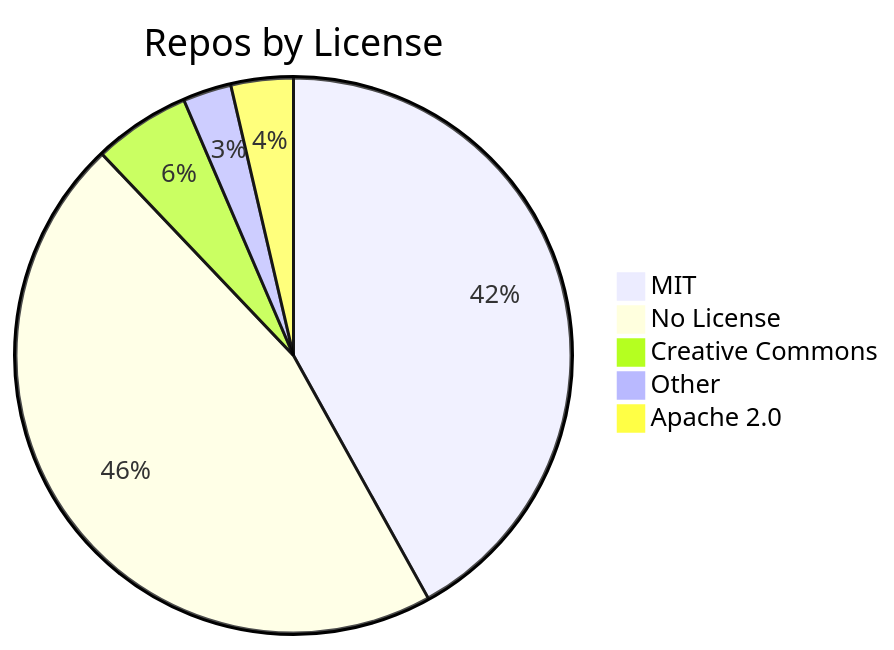
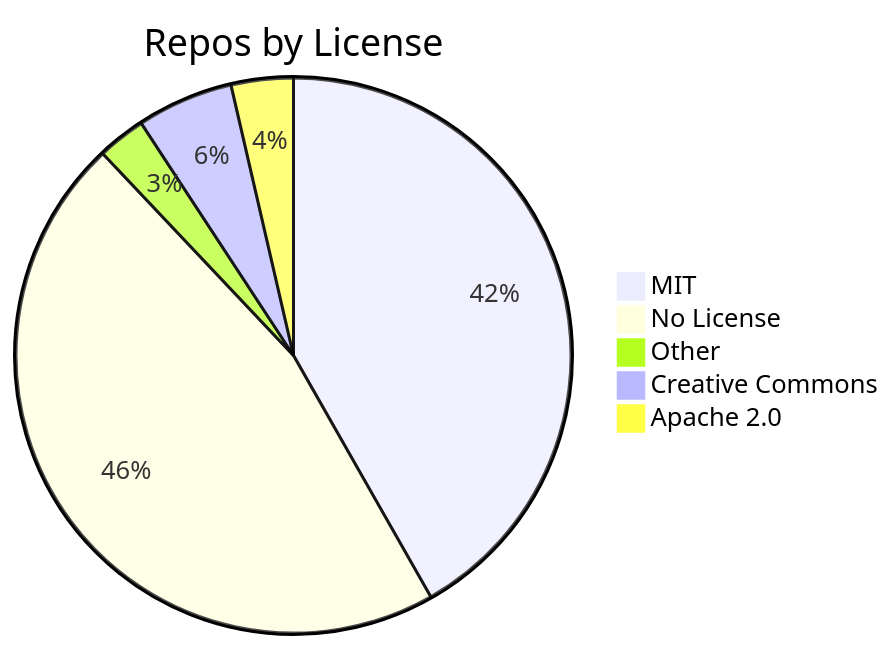
One commit to jpatterson933/awesome-mcp-server-repo-index changed the diagram in README.md. Above: the diagram before and after it, drawn with Mermaid. The commit also changed other lines of this file and 3 other files, not shown here.

````diff
--- a/README.md
+++ b/README.md
@@ -29,8 +29,8 @@
 ```mermaid
 pie title Repos by License
     "MIT" : 104
-    "No License" : 114
+    "No License" : 115
+    "Other" : 7
     "Creative Commons" : 14
-    "Other" : 7
     "Apache 2.0" : 9
 ```
````
